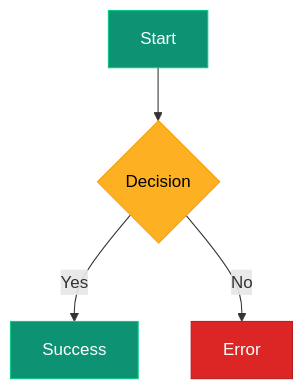
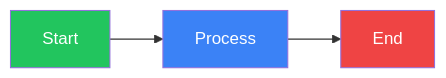
One commit to runkids/claude-skill-registry changed diagram 12 of 12 in skills/data/mermaid-diagrams/SKILL.md. Above: the diagram before and after it, drawn with Mermaid. The commit also changed other lines of this file and 17911 other files, not shown here.

````diff
--- a/skills/data/mermaid-diagrams/SKILL.md
+++ b/skills/data/mermaid-diagrams/SKILL.md
@@ -422,10 +311,8 @@
 ```mermaid
-flowchart TB
-    A[Start]:::green --> B{Decision}:::yellow
-    B -->|Yes| C[Success]:::green
-    B -->|No| D[Error]:::red
-
-    classDef green fill:#0D9373,stroke:#07C983,color:#fff
-    classDef yellow fill:#FDB022,stroke:#F59E0B,color:#000
-    classDef red fill:#DC2626,stroke:#B91C1C,color:#fff
+flowchart LR
+    A[Start]:::green --> B[Process]:::blue --> C[End]:::red
+    
+    classDef green fill:#22c55e,color:#fff
+    classDef blue fill:#3b82f6,color:#fff
+    classDef red fill:#ef4444,color:#fff
 ```
````
